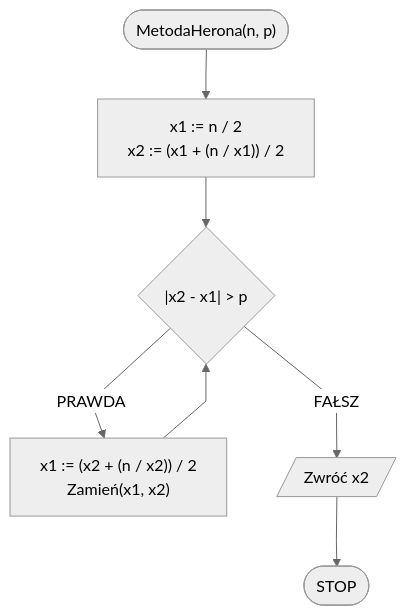
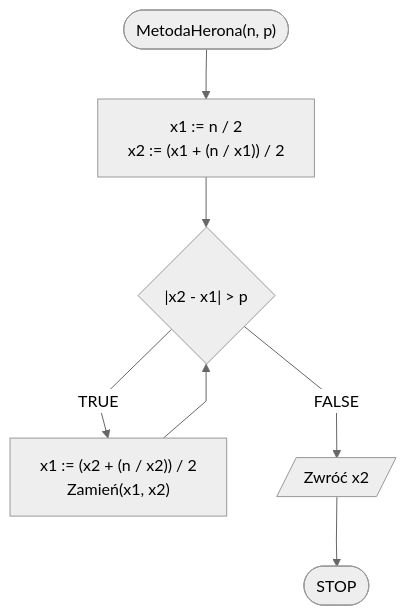
The diagram in docs/algorithms/numerical-methods/square-root.md (blackbat13/edu-cs-htiew-en), drawn with Mermaid before and after one commit. The commit also changed other lines of this file and 682 other files, not shown here.

````diff
--- a/docs/algorithms/numerical-methods/square-root.md
+++ b/docs/algorithms/numerical-methods/square-root.md
@@ -32,12 +32,12 @@
 ```mermaid
 %%{init: {"flowchart": {"curve": "linear"}, "theme": "neutral"} }%%
 flowchart TD
 	START(["MetodaHerona(n, p)"]) --> K1["x1 := n / 2
     x2 := (x1 + (n / x1)) / 2"]
 	K1 --> K3{"|x2 - x1| > p"}
-	K3 -- PRAWDA --> K4["x1 := (x2 + (n / x2)) / 2
+	K3 -- TRUE --> K4["x1 := (x2 + (n / x2)) / 2
     Zamień(x1, x2)"]
 	K4 --> K3
-    K3 -- FAŁSZ --> K6[/Zwróć x2/]
+    K3 -- FALSE --> K6[/Zwróć x2/]
     K6 --> STOP([STOP])
 ```
````
